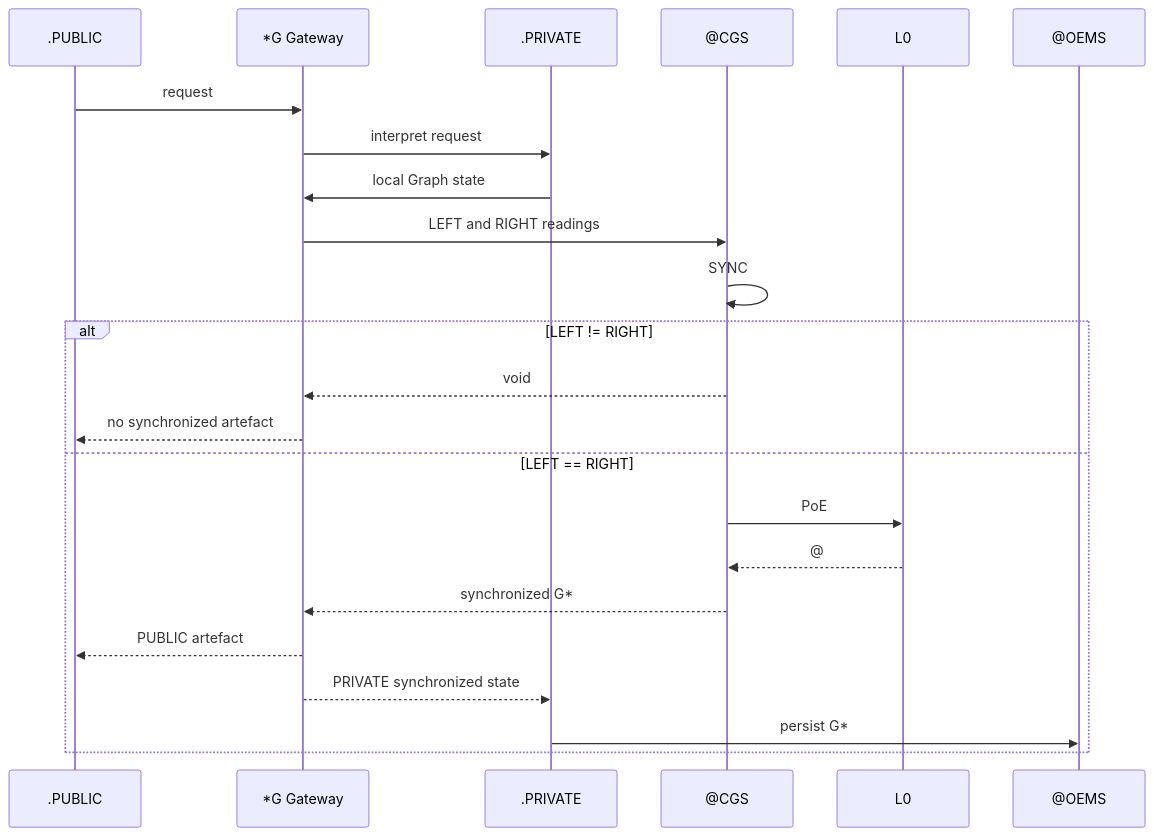
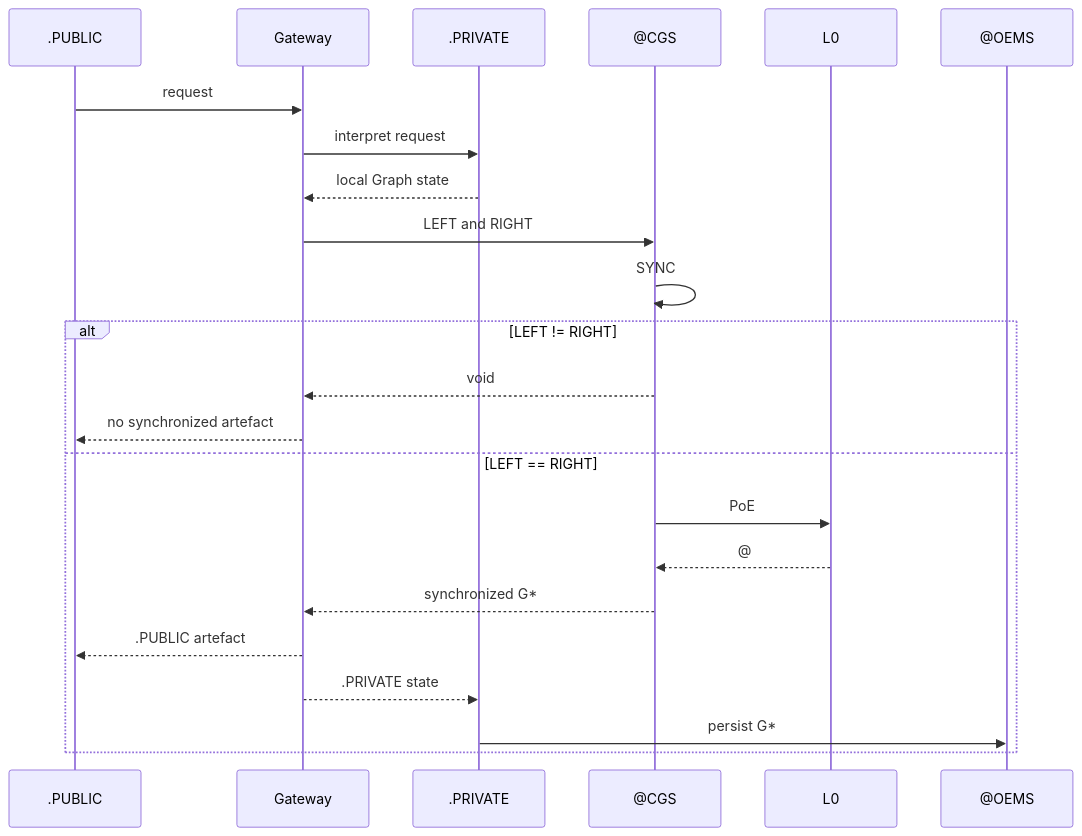
Before and after one commit to flipoyo/ComplexGitSync: diagram 35 of 37 in @CGS.md, drawn with Mermaid. The commit also changed other lines of this file, not shown here.

````diff
--- a/@CGS.md
+++ b/@CGS.md
@@ -977,28 +1048,28 @@
 ```mermaid
 sequenceDiagram
     participant P as .PUBLIC
-    participant G as *G Gateway
+    participant G as Gateway
     participant R as .PRIVATE
     participant C as @CGS
     participant T as L0
     participant M as @OEMS
 
     P->>G: request
     G->>R: interpret request
-    R->>G: local Graph state
+    R-->>G: local Graph state
 
-    G->>C: LEFT and RIGHT readings
+    G->>C: LEFT and RIGHT
     C->>C: SYNC
 
     alt LEFT != RIGHT
         C-->>G: void
         G-->>P: no synchronized artefact
     else LEFT == RIGHT
         C->>T: PoE
         T-->>C: @
         C-->>G: synchronized G*
-        G-->>P: PUBLIC artefact
-        G-->>R: PRIVATE synchronized state
+        G-->>P: .PUBLIC artefact
+        G-->>R: .PRIVATE state
         R->>M: persist G*
     end
 ```
````
